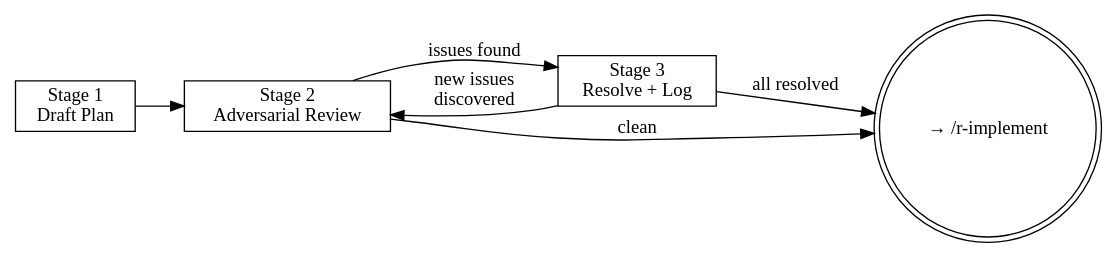
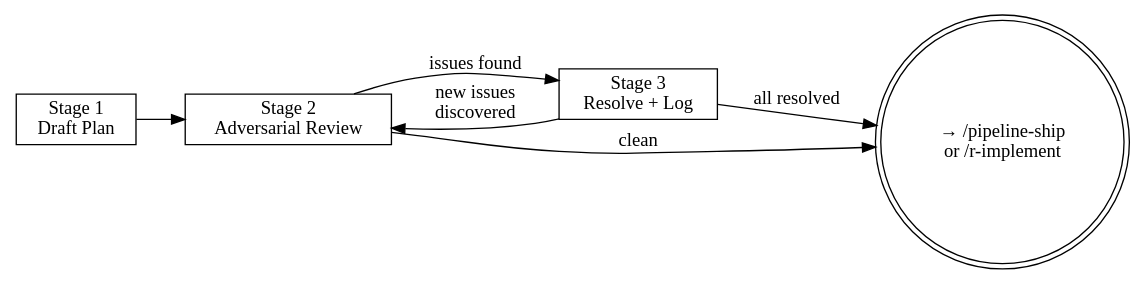
The diagram in .claude/skills/implementation-workflow/SKILL.md (JDenn0514/surveywts), drawn with Graphviz before and after one commit. The commit also changed other lines of this file and 4 other files, not shown here.

````diff
--- a/.claude/skills/implementation-workflow/SKILL.md
+++ b/.claude/skills/implementation-workflow/SKILL.md
@@ -23,15 +26,15 @@
 ```dot
 digraph impl_stages {
     rankdir=LR;
     S1 [label="Stage 1\nDraft Plan", shape=box];
     S2 [label="Stage 2\nAdversarial Review", shape=box];
     S3 [label="Stage 3\nResolve + Log", shape=box];
-    done [label="→ /r-implement", shape=doublecircle];
+    done [label="→ /pipeline-ship\nor /r-implement", shape=doublecircle];
 
     S1 -> S2;
     S2 -> S3 [label="issues found"];
     S2 -> done [label="clean"];
     S3 -> S2 [label="new issues\ndiscovered"];
     S3 -> done [label="all resolved"];
 }
 ```
````
